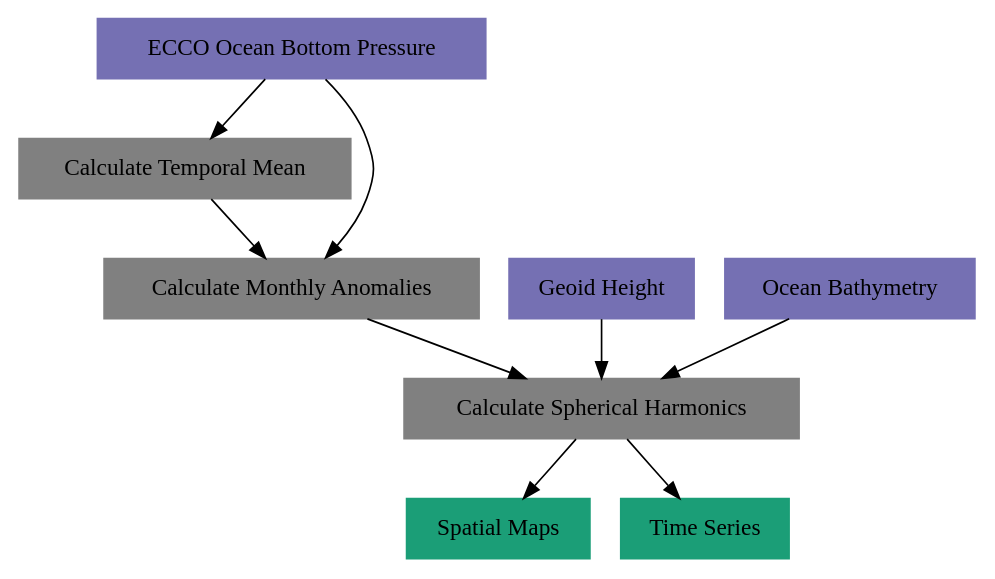
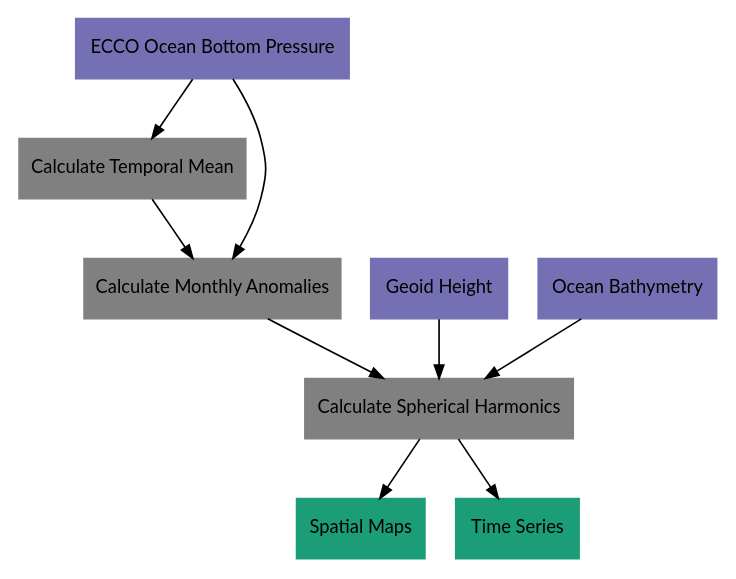
Before and after one commit to tsutterley/model-harmonics: the first of 5 diagrams in doc/source/getting_started/Overview.rst, drawn with Graphviz. The commit also changed other lines of this file, not shown here.

Commit message:
docs: change font in `graphviz` flow charts (#60)

```diff
--- a/doc/source/getting_started/Overview.rst
+++ b/doc/source/getting_started/Overview.rst
@@ -38,27 +38,67 @@
 .. graphviz::
     :caption: ECCO Spherical Harmonics Framework
     :align: center
 
     digraph {
-        E [label="ECCO Ocean Bottom Pressure" shape=box style="filled" color="#7570b3"]
-        N [label="Geoid Height" shape=box style="filled" color="#7570b3"]
-        B [label="Ocean Bathymetry" shape=box style="filled" color="#7570b3"]
+        E [label="ECCO Ocean Bottom Pressure"
+            fontname="Lato"
+            fontsize=11
+            shape=box
+            style="filled"
+            color="#7570b3"]
+        N [label="Geoid Height"
+            fontname="Lato"
+            fontsize=11
+            shape=box
+            style="filled"
+            color="#7570b3"]
+        B [label="Ocean Bathymetry"
+            fontname="Lato"
+            fontsize=11
+            shape=box
+            style="filled"
+            color="#7570b3"]
         M [URL="https://github.com/tsutterley/model-harmonics/blob/main/ECCO/ecco_mean_realtime.py"
-            label="Calculate Temporal Mean" shape=box style="filled" color="gray"]
+            label="Calculate Temporal Mean"
+            fontname="Lato"
+            fontsize=11
+            shape=box
+            style="filled"
+            color="gray"]
         R [URL="https://github.com/tsutterley/model-harmonics/blob/main/ECCO/ecco_read_realtime.py"
-            label="Calculate Monthly Anomalies" shape=box style="filled" color="gray"]
+            label="Calculate Monthly Anomalies"
+            fontname="Lato"
+            fontsize=11
+            shape=box
+            style="filled"
+            color="gray"]
         H [URL="https://github.com/tsutterley/model-harmonics/blob/main/ECCO/ecco_monthly_harmonics.py"
-            label="Calculate Spherical Harmonics" shape=box style="filled" color="gray"]
+            label="Calculate Spherical Harmonics"
+            fontname="Lato"
+            fontsize=11
+            shape=box
+            style="filled"
+            color="gray"]
         S [URL="https://github.com/tsutterley/gravity-toolkit/blob/main/scripts/combine_harmonics.py"
-            label="Spatial Maps" shape=box style="filled" color="#1b9e77"]
+            label="Spatial Maps"
+            fontname="Lato"
+            fontsize=11
+            shape=box
+            style="filled"
+            color="#1b9e77"]
         T [URL="https://github.com/tsutterley/model-harmonics/blob/main/scripts/least_squares_mascon_timeseries.py"
-            label="Time Series" shape=box style="filled" color="#1b9e77"]
-        E -> M
-        M -> R
-        E -> R
-        R -> H
-        N -> H
-        B -> H
-        H -> S
-        H -> T
+            label="Time Series"
+            fontname="Lato"
+            fontsize=11
+            shape=box
+            style="filled"
+            color="#1b9e77"]
+        E -> M [arrowsize=0.8]
+        M -> R [arrowsize=0.8]
+        E -> R [arrowsize=0.8]
+        R -> H [arrowsize=0.8]
+        N -> H [arrowsize=0.8]
+        B -> H [arrowsize=0.8]
+        H -> S [arrowsize=0.8]
+        H -> T [arrowsize=0.8]
     }
```
